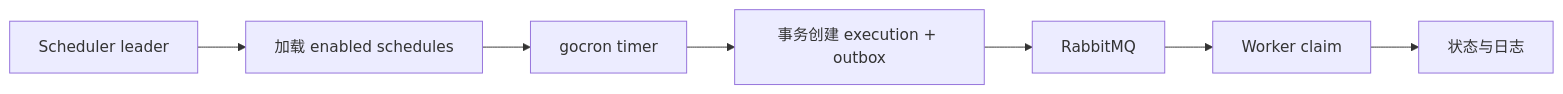
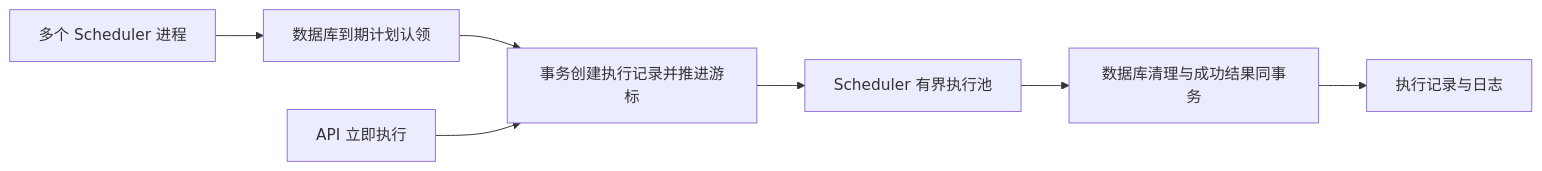
One commit to chlinwei/djadmin changed the fourth of 4 diagrams in autoadmin/docs/BUSINESS_WORKFLOWS.md. Above: the diagram before and after it, drawn with Mermaid. The commit also changed other lines of this file and 52 other files, not shown here.

````diff
--- a/autoadmin/docs/BUSINESS_WORKFLOWS.md
+++ b/autoadmin/docs/BUSINESS_WORKFLOWS.md
@@ -96,9 +96,9 @@
 ```mermaid
 flowchart LR
-    Leader[Scheduler leader] --> Load[加载 enabled schedules]
-    Load --> G[gocron timer]
-    G --> Tx[事务创建 execution + outbox]
-    Tx --> MQ[RabbitMQ]
-    MQ --> W[Worker claim]
-    W --> Log[状态与日志]
+    Scheduler[多个 Scheduler 进程] --> Load[数据库到期计划认领]
+    Load --> E[事务创建执行记录并推进游标]
+    API[API 立即执行] --> E
+    E --> Pool[Scheduler 有界执行池]
+    Pool --> Tx[数据库清理与成功结果同事务]
+    Tx --> Log[执行记录与日志]
 ```
````
